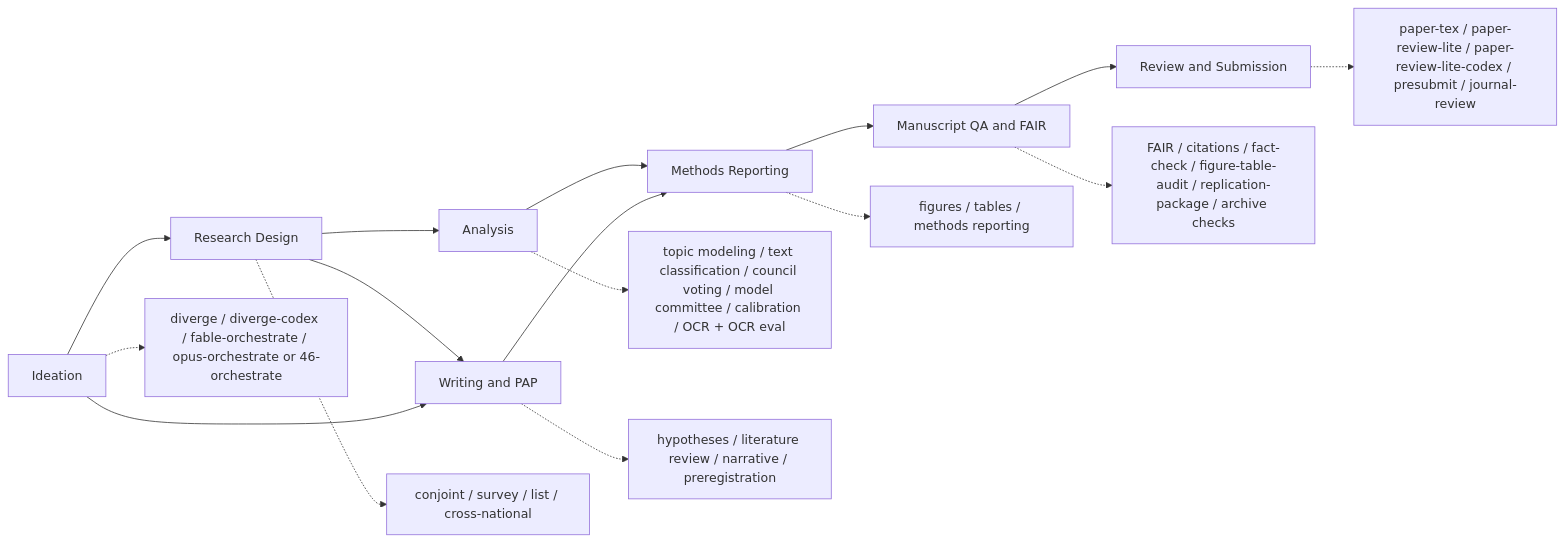
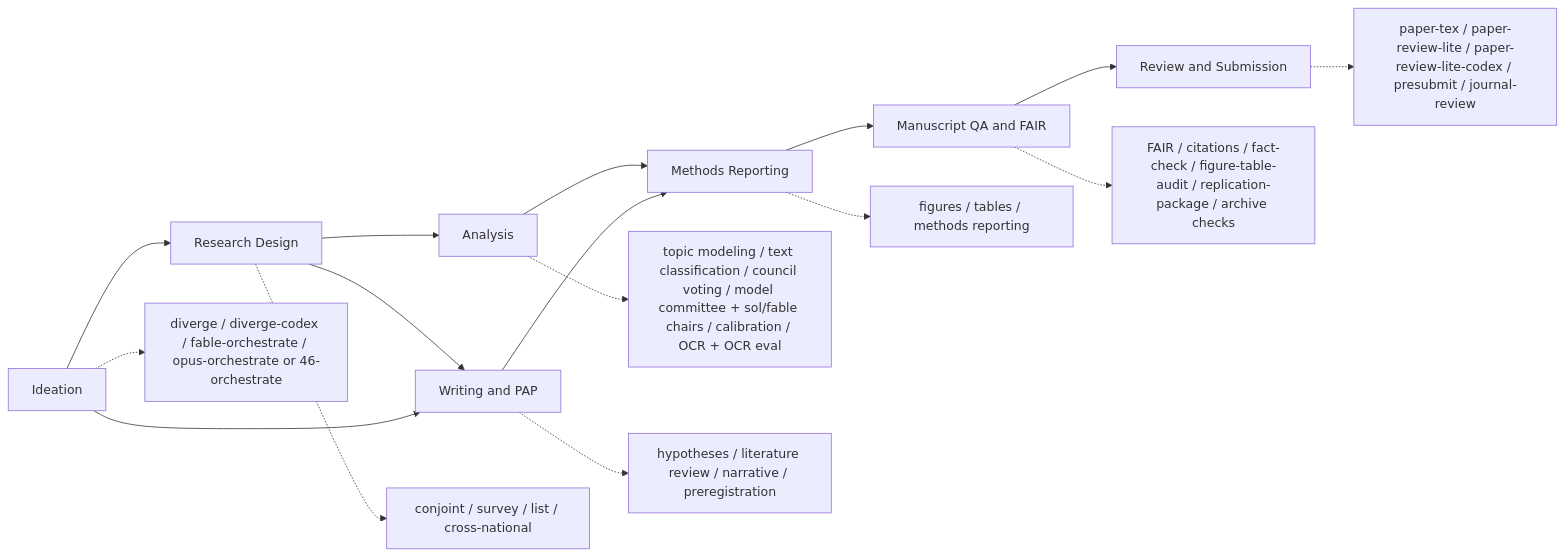
Before and after one commit to scdenney/open-science-skills: the diagram in README.md, drawn with Mermaid. The commit also changed other lines of this file and 36 other files, not shown here.

````diff
--- a/README.md
+++ b/README.md
@@ -43,20 +43,20 @@
 ```mermaid
 flowchart LR
     A[Research Design] --> B[Analysis]
     A --> C[Writing and PAP]
     B --> D[Methods Reporting]
     C --> D
     D --> E[Manuscript QA and FAIR]
     E --> F[Review and Submission]
 
     G[Ideation] --> A
     G --> C
 
     A -.-> A1[conjoint / survey / list / cross-national]
-    B -.-> B1[topic modeling / text classification / council voting / model committee / calibration / OCR + OCR eval]
+    B -.-> B1[topic modeling / text classification / council voting / model committee + sol/fable chairs / calibration / OCR + OCR eval]
     C -.-> C1[hypotheses / literature review / narrative / preregistration]
     D -.-> D1[figures / tables / methods reporting]
     E -.-> E1[FAIR / citations / fact-check / figure-table-audit / replication-package / archive checks]
     F -.-> F1[paper-tex / paper-review-lite / paper-review-lite-codex / presubmit / journal-review]
     G -.-> G1[diverge / diverge-codex / fable-orchestrate / opus-orchestrate or 46-orchestrate]
 ```
````
